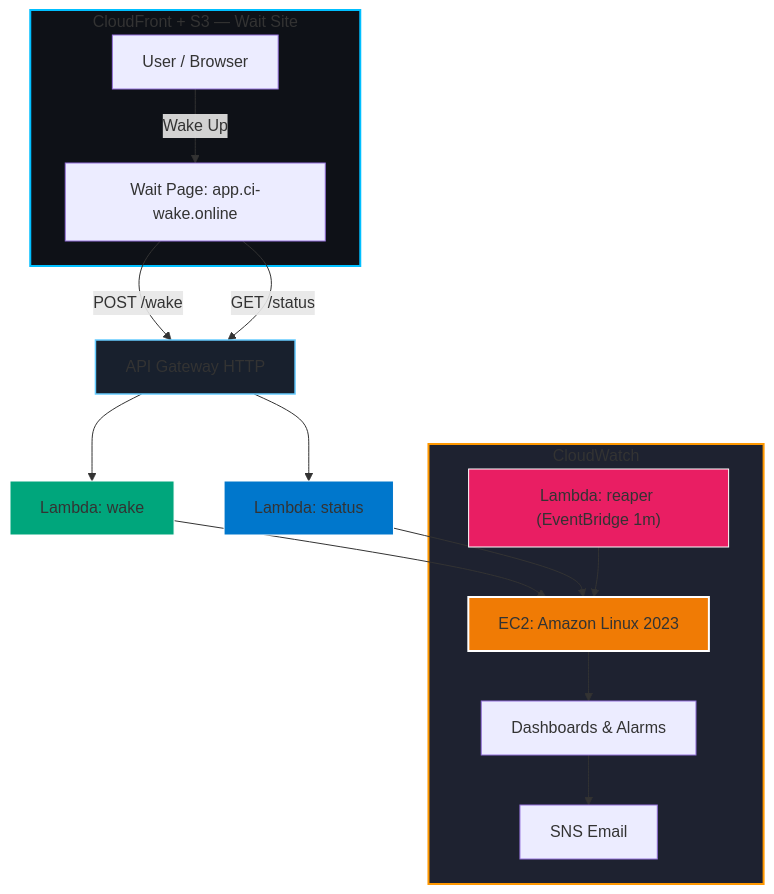
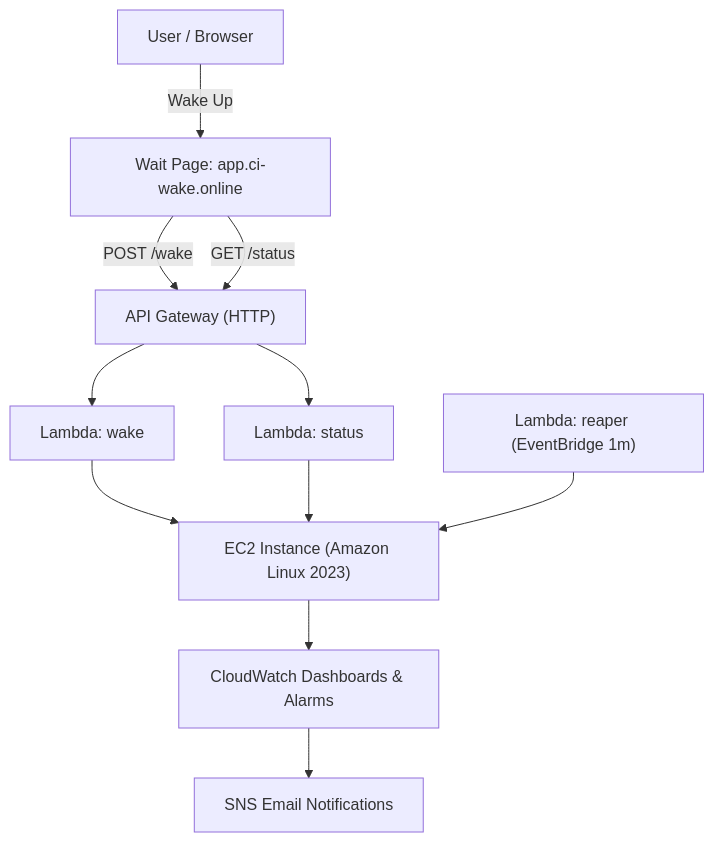
The diagram in README.md (rusets/CI-CD-Pipeline-for-Application-Deployment), drawn with Mermaid before and after one commit.

Commit message:
docs: refined architecture diagram and updated README layout

````diff
--- a/README.md
+++ b/README.md
@@ -34,29 +34,17 @@
 ```mermaid
 flowchart TD
-  subgraph CF["CloudFront + S3 — Wait Site"]
-    U["User / Browser"] -->|Wake Up| W["Wait Page: app.ci-wake.online"]
-  end
+  U["User / Browser"] -->|Wake Up| W["Wait Page: app.ci-wake.online"]
 
-  W -->|POST /wake| API["API Gateway HTTP"]
+  W -->|POST /wake| API["API Gateway (HTTP)"]
   W -->|GET /status| API
 
   API --> Lwake["Lambda: wake"]
   API --> Lstatus["Lambda: status"]
 
-  Lwake --> EC2["EC2: Amazon Linux 2023"]
+  Lwake --> EC2["EC2 Instance (Amazon Linux 2023)"]
   Lstatus --> EC2
 
-  subgraph CW["CloudWatch"]
-    Reaper["Lambda: reaper (EventBridge 1m)"] --> EC2
-    EC2 --> Dash["Dashboards & Alarms"]
-    Dash --> SNS["SNS Email"]
-  end
-
-  style CF fill:#0e1117,stroke:#00bfff,stroke-width:2px
-  style CW fill:#1e2230,stroke:#ff9800,stroke-width:2px
-  style API fill:#18202d,stroke:#66ccff,stroke-width:1.5px
-  style EC2 fill:#f07b05,stroke:#ffffff,stroke-width:2px
-  style Lwake fill:#00a67c,stroke:#ffffff
-  style Lstatus fill:#0077cc,stroke:#ffffff
-  style Reaper fill:#e91e63,stroke:#ffffff
+  Reaper["Lambda: reaper (EventBridge 1m)"] --> EC2
+  EC2 --> Dash["CloudWatch Dashboards & Alarms"]
+  Dash --> SNS["SNS Email Notifications"]
 ```
````
